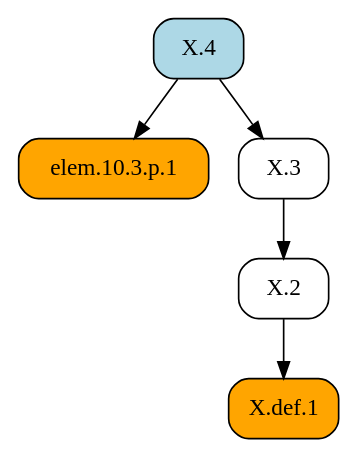
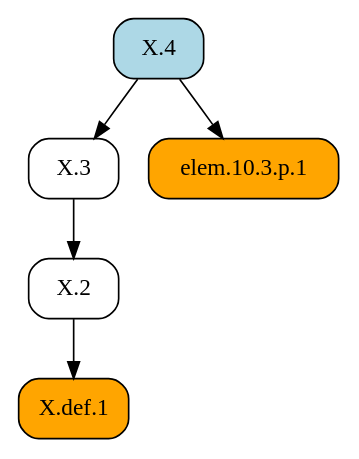
Before and after one commit to geometor/elements: the diagram in docsrc/heath/X/4/index.rst, drawn with Graphviz. The commit also changed other lines of this file and 1029 other files, not shown here.

```diff
--- a/docsrc/heath/X/4/index.rst
+++ b/docsrc/heath/X/4/index.rst
@@ -72,15 +72,15 @@
 .. graphviz::
 
    digraph {
      rankdir="TB";
      node [shape=box, style=rounded];
      "X.4" [style="rounded,filled", fillcolor=lightblue, URL="/heath/X/4/", target="_top"];
      "X.2" [URL="/heath/X/2/", target="_top"];
+     "X.3" [URL="/heath/X/3/", target="_top"];
      "X.def.1" [style="rounded,filled", fillcolor=orange, URL="/heath/X/def.1/", target="_top"];
      "elem.10.3.p.1" [style="rounded,filled", fillcolor=orange];
-     "X.3" [URL="/heath/X/3/", target="_top"];
      "X.3" -> "X.2";
+     "X.4" -> "X.3";
      "X.2" -> "X.def.1";
      "X.4" -> "elem.10.3.p.1";
-     "X.4" -> "X.3";
    }
```
